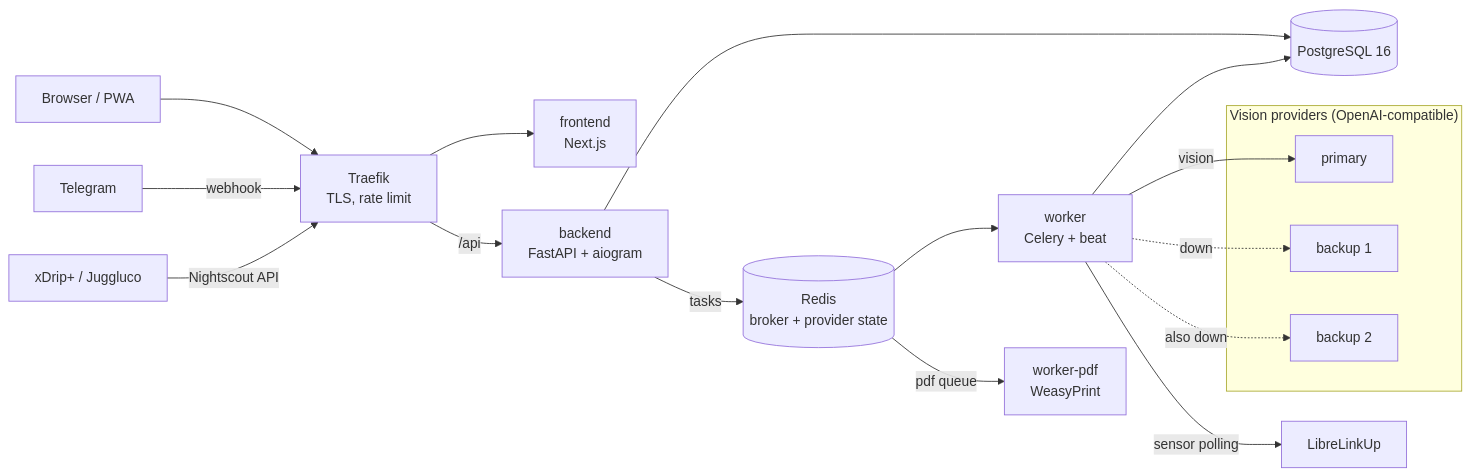
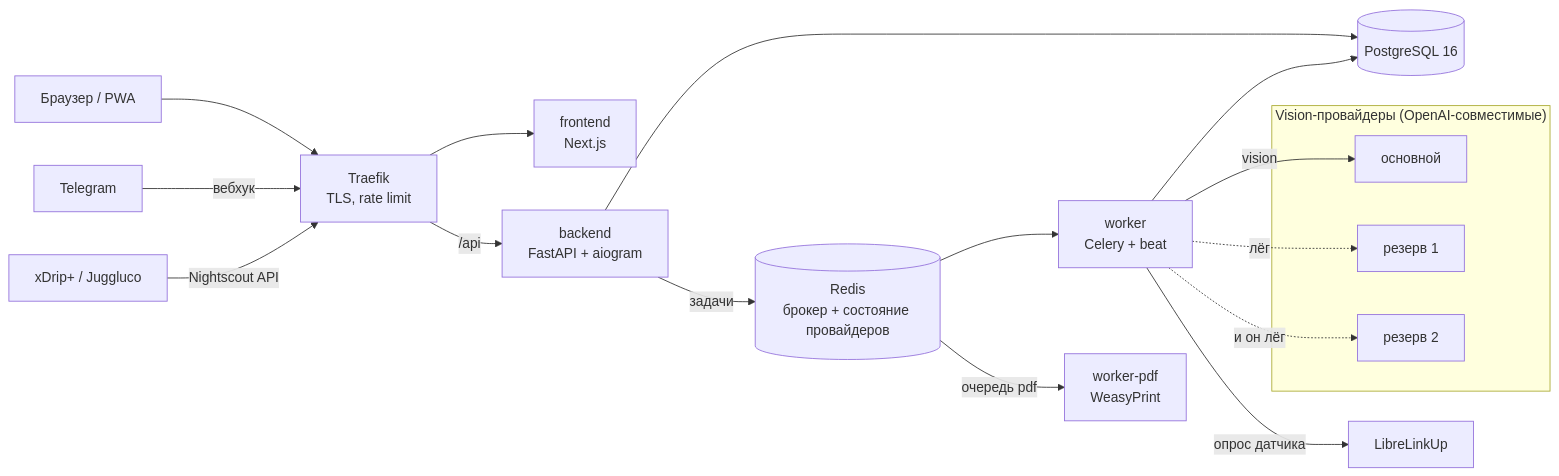
Before and after one commit to AI-bot-service/libra-calc-showcase: the diagram in README.md, drawn with Mermaid. The commit also changed other lines of this file and 1 other file, not shown here.

````diff
--- a/README.md
+++ b/README.md
@@ -131,24 +127,24 @@
 ```mermaid
 flowchart LR
-    U["Browser / PWA"] --> T
-    TG["Telegram"] -- "webhook" --> T
+    U["Браузер / PWA"] --> T
+    TG["Telegram"] -- "вебхук" --> T
     T["Traefik<br/>TLS, rate limit"]
     T --> F["frontend<br/>Next.js"]
     T -- "/api" --> B["backend<br/>FastAPI + aiogram"]
     B --> PG[("PostgreSQL 16")]
-    B -- "tasks" --> R[("Redis<br/>broker + provider state")]
+    B -- "задачи" --> R[("Redis<br/>брокер + состояние провайдеров")]
     R --> W["worker<br/>Celery + beat"]
-    R -- "pdf queue" --> WP["worker-pdf<br/>WeasyPrint"]
+    R -- "очередь pdf" --> WP["worker-pdf<br/>WeasyPrint"]
     W --> PG
 
-    subgraph LLM["Vision providers (OpenAI-compatible)"]
-        P1["primary"]
-        P2["backup 1"]
-        P3["backup 2"]
+    subgraph LLM["Vision-провайдеры (OpenAI-совместимые)"]
+        P1["основной"]
+        P2["резерв 1"]
+        P3["резерв 2"]
     end
     W -- "vision" --> P1
-    W -. "down" .-> P2
-    W -. "also down" .-> P3
-    W -- "sensor polling" --> LLU["LibreLinkUp"]
+    W -. "лёг" .-> P2
+    W -. "и он лёг" .-> P3
+    W -- "опрос датчика" --> LLU["LibreLinkUp"]
     NS["xDrip+ / Juggluco"] -- "Nightscout API" --> T
 ```
````
